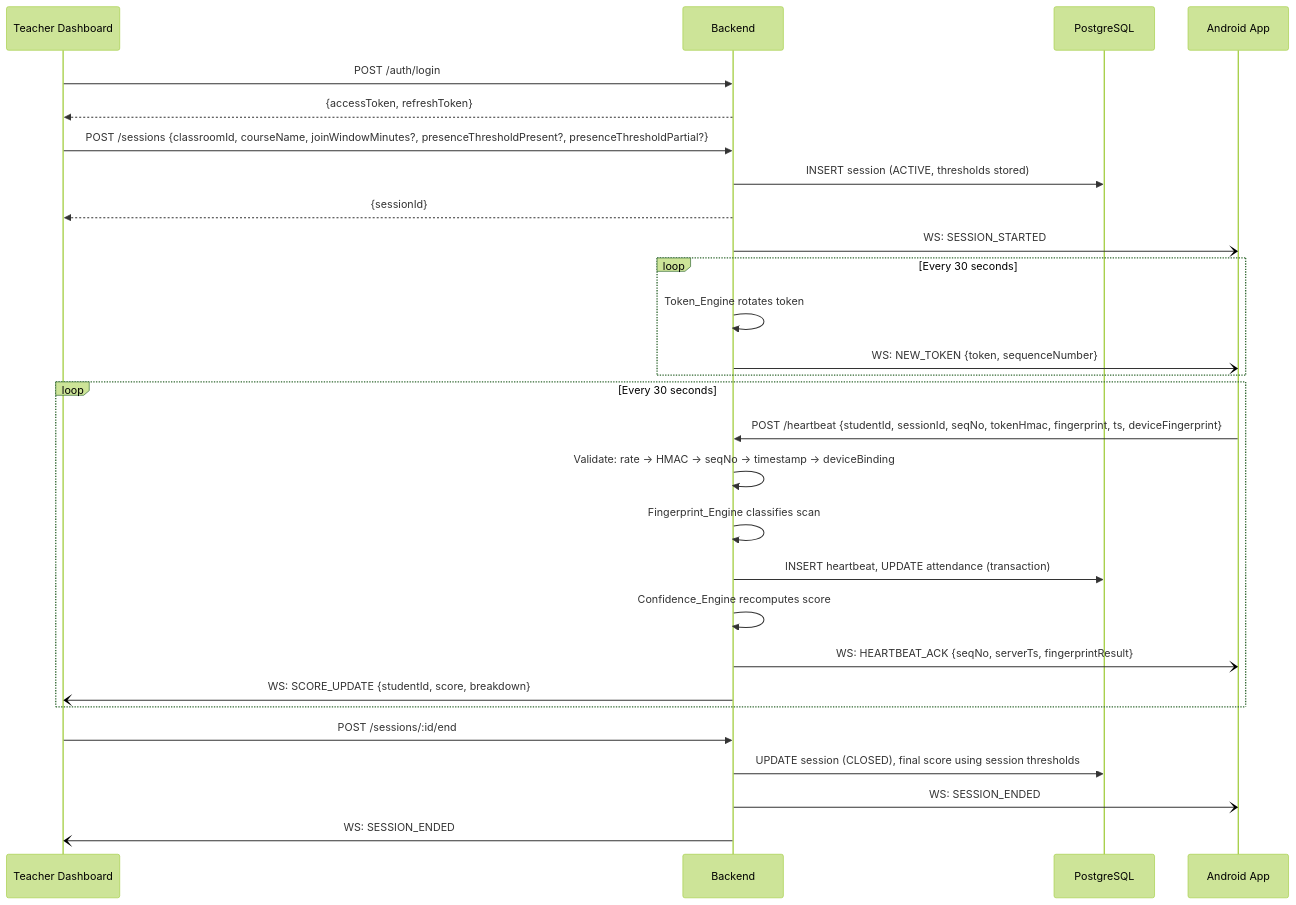
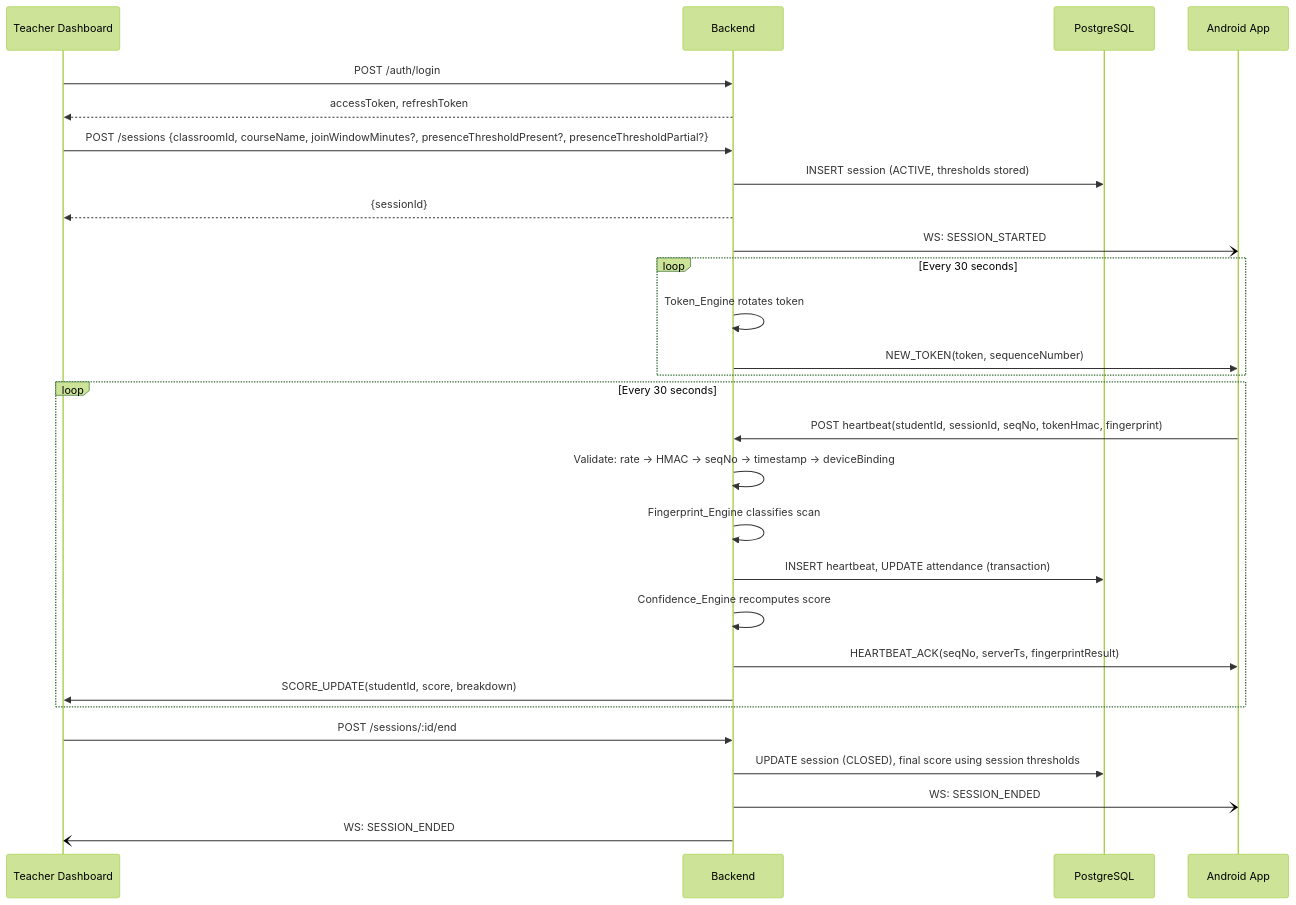
Before and after one commit to Manohar2104/Automatic-Attendance-Management-System: the second of 4 diagrams in docs/Design.md, drawn with Mermaid (forest theme). The commit also changed other lines of this file, not shown here.

Commit message:
fix: correct mermaid syntax

````diff
--- a/docs/Design.md
+++ b/docs/Design.md
@@ -65,34 +65,35 @@
 ```mermaid
 sequenceDiagram
     participant T as Teacher Dashboard
     participant B as Backend
     participant DB as PostgreSQL
     participant A as Android App
 
     T->>B: POST /auth/login
-    B-->>T: {accessToken, refreshToken}
+    B-->>T: accessToken, refreshToken
     T->>B: POST /sessions {classroomId, courseName, joinWindowMinutes?, presenceThresholdPresent?, presenceThresholdPartial?}
     B->>DB: INSERT session (ACTIVE, thresholds stored)
     B-->>T: {sessionId}
     B-)A: WS: SESSION_STARTED
 
     loop Every 30 seconds
         B->>B: Token_Engine rotates token
-        B-)A: WS: NEW_TOKEN {token, sequenceNumber}
+        B->>A: NEW_TOKEN(token, sequenceNumber)
     end
 
     loop Every 30 seconds
-        A->>B: POST /heartbeat {studentId, sessionId, seqNo, tokenHmac, fingerprint, ts, deviceFingerprint}
+        A->>B: POST heartbeat(studentId, sessionId, seqNo, tokenHmac, fingerprint)
         B->>B: Validate: rate → HMAC → seqNo → timestamp → deviceBinding
         B->>B: Fingerprint_Engine classifies scan
         B->>DB: INSERT heartbeat, UPDATE attendance (transaction)
         B->>B: Confidence_Engine recomputes score
-        B-)A: WS: HEARTBEAT_ACK {seqNo, serverTs, fingerprintResult}
-        B-)T: WS: SCORE_UPDATE {studentId, score, breakdown}
+        B->>A: HEARTBEAT_ACK(seqNo, serverTs, fingerprintResult)
+
+        B->>T: SCORE_UPDATE(studentId, score, breakdown)
     end
 
     T->>B: POST /sessions/:id/end
     B->>DB: UPDATE session (CLOSED), final score using session thresholds
     B-)A: WS: SESSION_ENDED
     B-)T: WS: SESSION_ENDED
 ```
````
